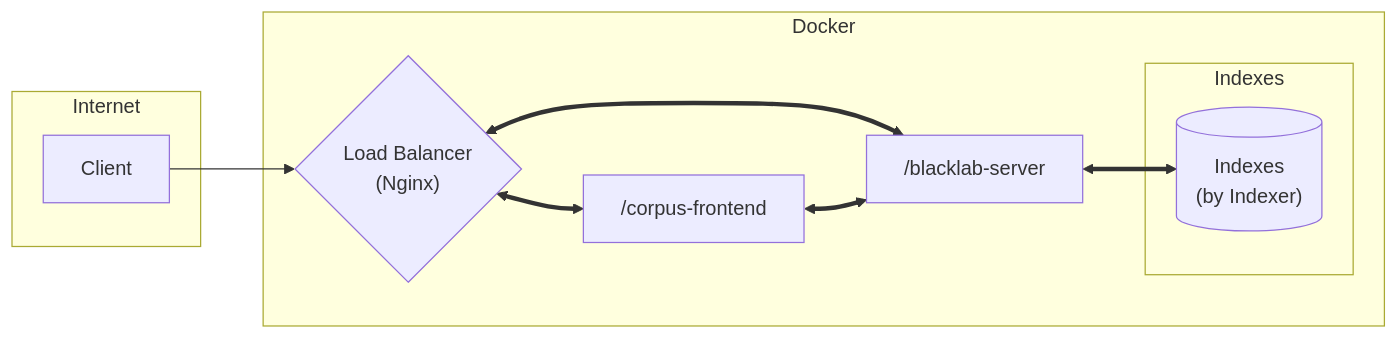
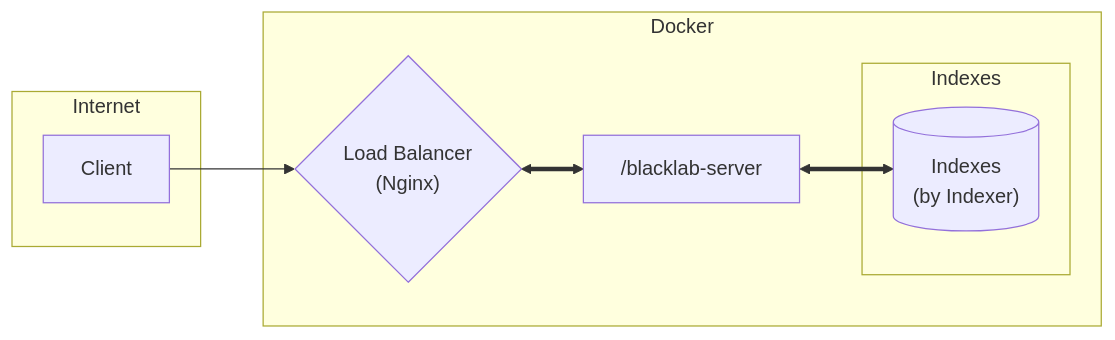
One commit to PTT-Corpus/blacklab-demo changed the diagram in README.md. Above: the diagram before and after it, drawn with Mermaid. The commit also changed other lines of this file, not shown here.

````diff
--- a/README.md
+++ b/README.md
@@ -11,25 +7,21 @@
 ```mermaid
 flowchart LR
 subgraph Internet
     D[Client]
 end
 
 subgraph DOCKER [Docker]
 
   D --> N{"Load Balancer <br/> (Nginx)"}
 
-  N <==> B["/corpus-frontend"]
   N <==> C["/blacklab-server"]
 
-
   C <==> I
-  B <==> C
-
 
   subgraph Indexes
         I[("<div style='padding: 0rem 0.5rem;'>Indexes  <br/>(by Indexer)</div>  ")]
   end
 
 
 end
 ```
````
